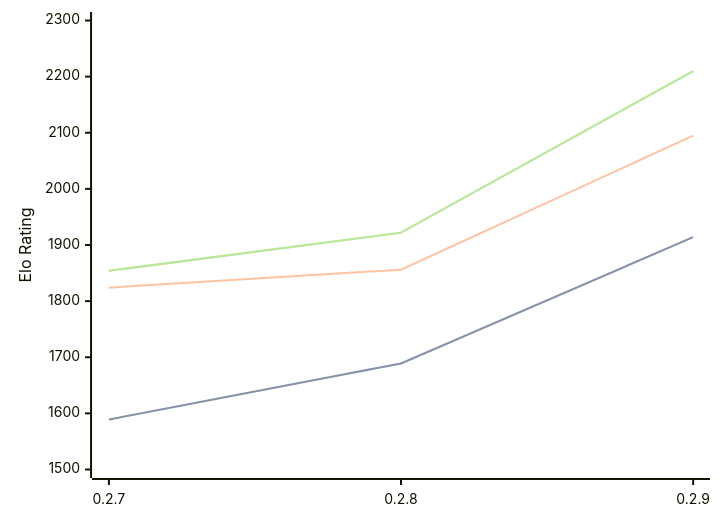
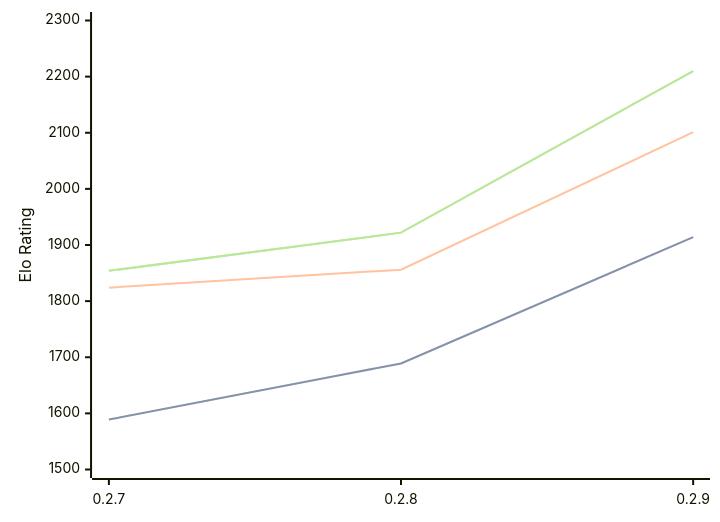
Before and after one commit to computer-chess-index/cci: the third of 3 diagrams in engines/Dual.md, drawn with Mermaid. The commit also changed other lines of this file, not shown here.

````diff
--- a/engines/Dual.md
+++ b/engines/Dual.md
@@ -75,11 +75,11 @@
 ```mermaid
 %%{init: {"theme":"base","themeVariables":{"seriesColors:['#a3a3a3','#222221','#faa371']}}}%%
 xychart-beta
   x-axis ["0.2.7", "0.2.8", "0.2.9"]
   y-axis "Elo Rating" 1500 --> 2300
   line "STC (8.0+0.08s)" [1589, 1689, 1914]
   line "STC (8.0+0.08s)" [1589, 1689, 1914]
-  line "LTC (60.0+0.60s)" [1824, 1856, 2095]
+  line "LTC (60.0+0.60s)" [1824, 1856, 2101]
   line "VLTC (2m24s+1.12s)" [1854, 1922, 2210]
   line "VLTC (2m24s+1.12s)" [1854, 1922, 2210]
 ```
````
